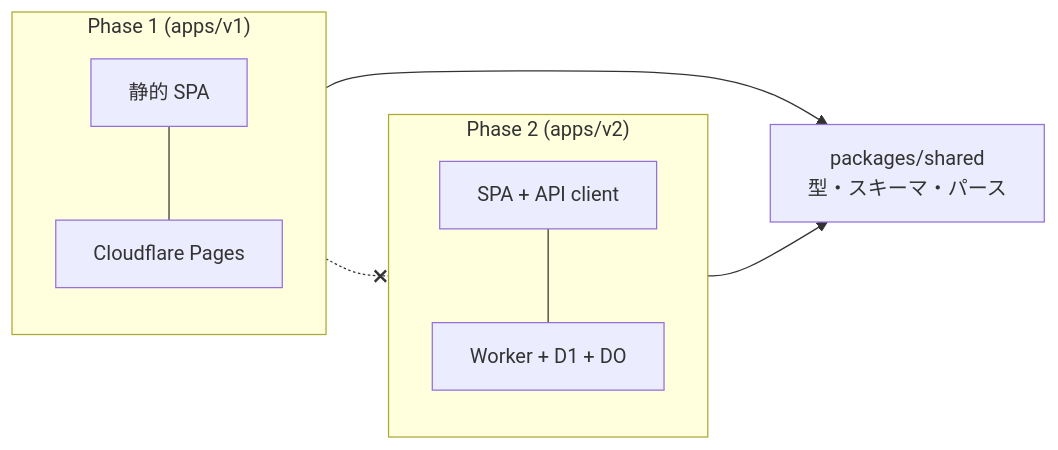
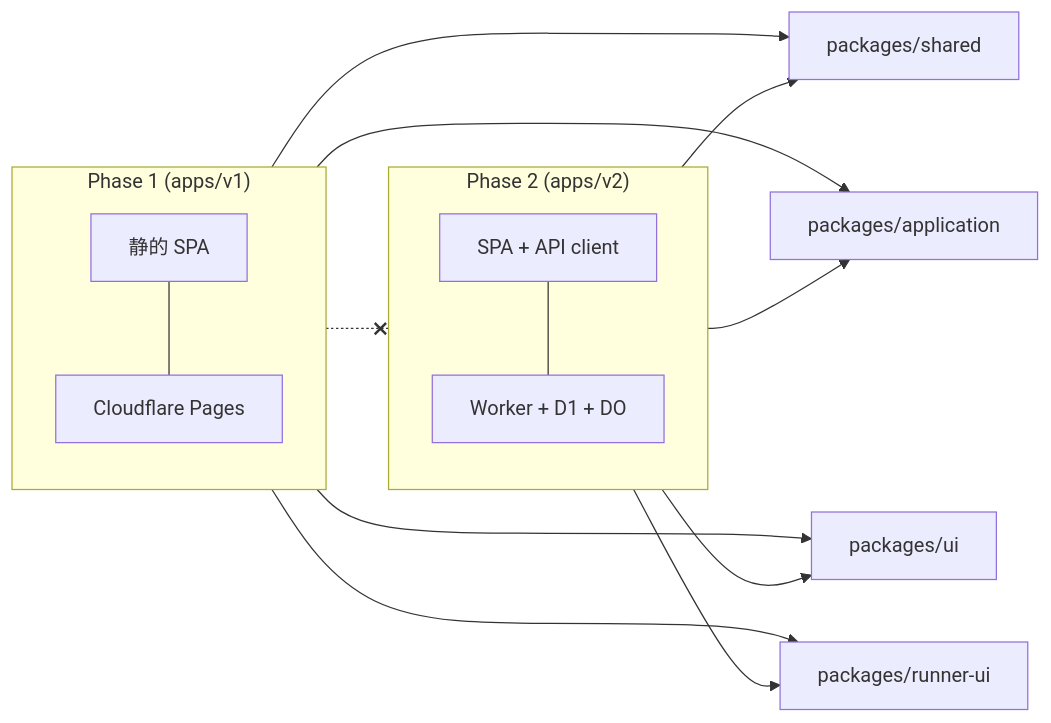
Before and after one commit to fuyuz/qarows: the sixth of 6 diagrams in docs/architecture.md, drawn with Mermaid. The commit also changed other lines of this file, not shown here.

First line of the commit message:
Document Command sync model and shared packages in architecture.md.

````diff
--- a/docs/architecture.md
+++ b/docs/architecture.md
@@ -171,21 +242,30 @@
 ```mermaid
 flowchart LR
   subgraph P1["Phase 1 (apps/v1)"]
     P1App["静的 SPA"]
     P1Pages["Cloudflare Pages"]
     P1App --- P1Pages
   end
 
   subgraph P2["Phase 2 (apps/v2)"]
     P2App["SPA + API client"]
     P2Worker["Worker + D1 + DO"]
     P2App --- P2Worker
   end
 
-  Shared["packages/shared<br/>型・スキーマ・パース"]
+  Shared["packages/shared"]
+  AppPkg["packages/application"]
+  UiPkg["packages/ui"]
+  RunnerPkg["packages/runner-ui"]
 
   P1 --> Shared
   P2 --> Shared
+  P1 --> AppPkg
+  P2 --> AppPkg
+  P1 --> UiPkg
+  P2 --> UiPkg
+  P1 --> RunnerPkg
+  P2 --> RunnerPkg
 
   P1 -.-x P2
 ```
````
